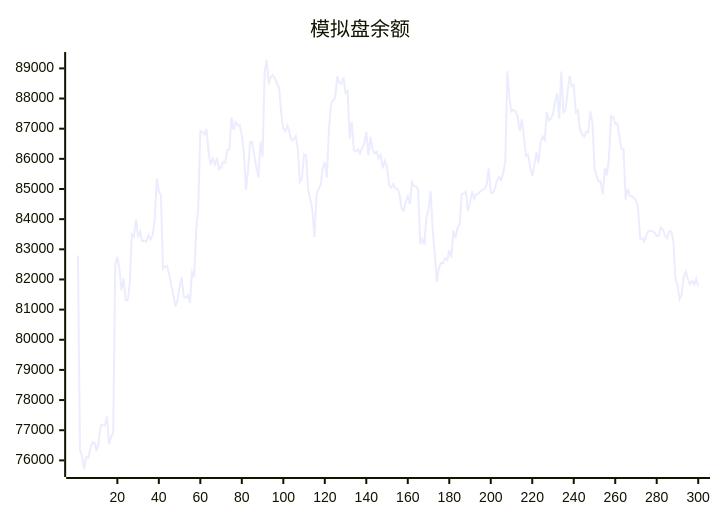
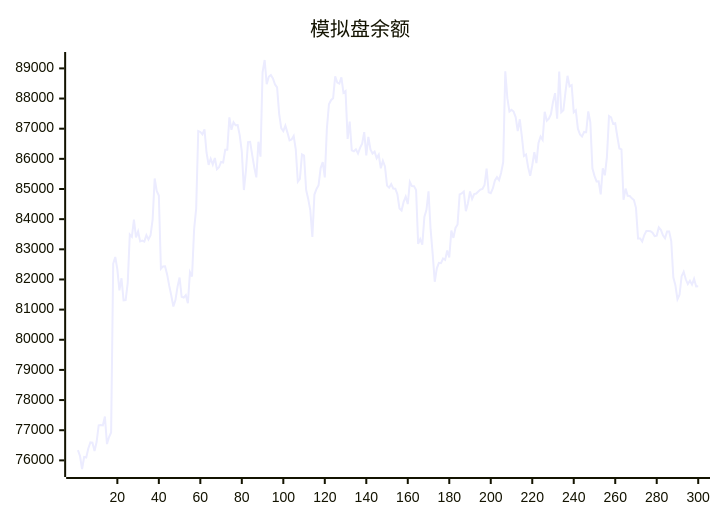
One commit to aahl/ai-trading changed the diagram in README.md. Above: the diagram before and after it, drawn with Mermaid. The commit also changed other lines of this file and 1 other file, not shown here.

````diff
--- a/README.md
+++ b/README.md
@@ -5,5 +5,5 @@
 ```mermaid
 xychart
     title "模拟盘余额"
-    line [82794,76339,76145,75714,76110,76096,76397,76594,76585,76310,76607,77160,77170,77160,77456,76541,76774,76927,82520,82744,82337,81639,82040,81307,81314,81887,83490,83414,83984,83396,83594,83261,83287,83253,83470,83327,83465,83987,85348,84930,84786,82355,82433,82438,82167,81795,81466,81105,81315,81756,82064,81426,81398,81481,81210,82242,82099,83658,84359,86925,86892,86814,86980,86203,85802,86003,85811,86028,85657,85721,85896,85880,86300,86299,87378,86965,87214,87115,87118,86780,86238,84966,85623,86555,86562,86129,85722,85387,86569,86070,88870,89278,88477,88720,88781,88668,88467,88372,87493,87018,86917,87102,86870,86613,86644,86758,86317,85242,85334,86149,86106,84968,84671,84302,83410,84816,85001,85127,85693,85891,85384,87001,87811,87945,88007,88734,88528,88495,88705,88189,88248,86662,87234,86279,86251,86314,86177,86364,86503,86886,86114,86731,86310,86176,86240,86017,86136,85685,85938,85749,85111,85044,85164,85016,85008,84824,84354,84287,84572,84745,84500,85234,85096,85095,84970,83180,83338,83157,84070,84309,84922,83667,82850,81924,82369,82552,82539,82695,82648,82962,82728,83619,83378,83710,83825,84819,84854,84917,84265,84527,84919,84668,84834,84850,84916,84981,85004,85131,85674,84891,84864,85019,85284,85393,85294,85538,85894,88904,88012,87567,87625,87568,87386,86920,87313,86737,86094,86143,85725,85437,85787,86219,85859,86526,86740,86630,87563,87264,87335,87483,87886,88180,87335,88894,87544,87608,88207,88755,88401,88444,87543,87608,87000,86810,86740,86894,86884,87576,87209,85686,85435,85251,85255,84820,85689,85453,86066,87420,87373,87161,87178,86740,86341,86315,84643,85012,84772,84768,84690,84635,84376,83360,83357,83259,83474,83608,83606,83602,83548,83440,83454,83724,83644,83464,83365,83590,83592,83275,82072,81806,81344,81492,82109,82254,82006,81848,81955,81829,82022,81769]
+    line [76339,76145,75714,76110,76096,76397,76594,76585,76310,76607,77160,77170,77160,77456,76541,76774,76927,82520,82744,82337,81639,82040,81307,81314,81887,83490,83414,83984,83396,83594,83261,83287,83253,83470,83327,83465,83987,85348,84930,84786,82355,82433,82438,82167,81795,81466,81105,81315,81756,82064,81426,81398,81481,81210,82242,82099,83658,84359,86925,86892,86814,86980,86203,85802,86003,85811,86028,85657,85721,85896,85880,86300,86299,87378,86965,87214,87115,87118,86780,86238,84966,85623,86555,86562,86129,85722,85387,86569,86070,88870,89278,88477,88720,88781,88668,88467,88372,87493,87018,86917,87102,86870,86613,86644,86758,86317,85242,85334,86149,86106,84968,84671,84302,83410,84816,85001,85127,85693,85891,85384,87001,87811,87945,88007,88734,88528,88495,88705,88189,88248,86662,87234,86279,86251,86314,86177,86364,86503,86886,86114,86731,86310,86176,86240,86017,86136,85685,85938,85749,85111,85044,85164,85016,85008,84824,84354,84287,84572,84745,84500,85234,85096,85095,84970,83180,83338,83157,84070,84309,84922,83667,82850,81924,82369,82552,82539,82695,82648,82962,82728,83619,83378,83710,83825,84819,84854,84917,84265,84527,84919,84668,84834,84850,84916,84981,85004,85131,85674,84891,84864,85019,85284,85393,85294,85538,85894,88904,88012,87567,87625,87568,87386,86920,87313,86737,86094,86143,85725,85437,85787,86219,85859,86526,86740,86630,87563,87264,87335,87483,87886,88180,87335,88894,87544,87608,88207,88755,88401,88444,87543,87608,87000,86810,86740,86894,86884,87576,87209,85686,85435,85251,85255,84820,85689,85453,86066,87420,87373,87161,87178,86740,86341,86315,84643,85012,84772,84768,84690,84635,84376,83360,83357,83259,83474,83608,83606,83602,83548,83440,83454,83724,83644,83464,83365,83590,83592,83275,82072,81806,81344,81492,82109,82254,82006,81848,81955,81829,82022,81769,81776]
 ```
````
